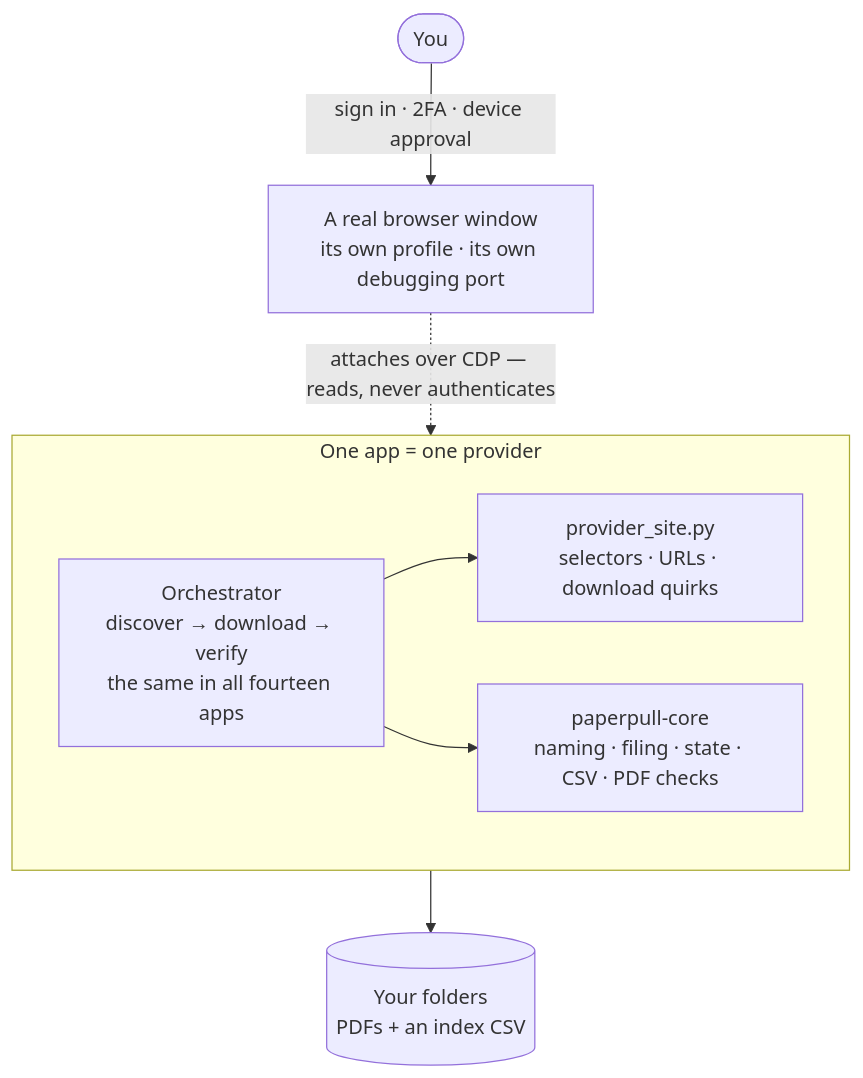
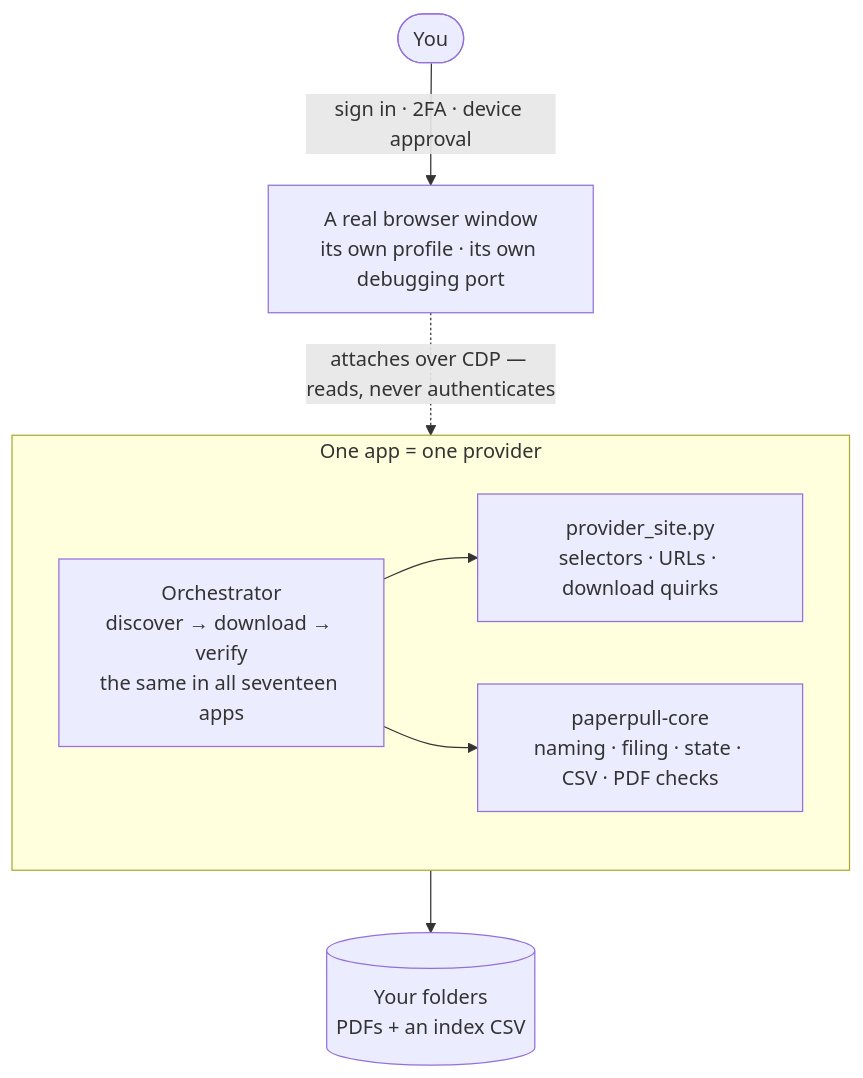
One commit to rheeloaded/paperpull changed the first of 2 diagrams in README.md. Above: the diagram before and after it, drawn with Mermaid. The commit also changed other lines of this file and 112 other files, not shown here.

````diff
--- a/README.md
+++ b/README.md
@@ -48,13 +52,13 @@
 ```mermaid
 flowchart TB
     you(["You"]) -->|"sign in · 2FA · device approval"| br["A real browser window<br/>its own profile · its own debugging port"]
     br -.->|"attaches over CDP — reads, never authenticates"| app
     subgraph app ["One app = one provider"]
-        orch["Orchestrator<br/>discover → download → verify<br/>the same in all fourteen apps"]
+        orch["Orchestrator<br/>discover → download → verify<br/>the same in all seventeen apps"]
         site["provider_site.py<br/>selectors · URLs · download quirks"]
         core["paperpull-core<br/>naming · filing · state · CSV · PDF checks"]
         orch --> site
         orch --> core
     end
     app --> out[("Your folders<br/>PDFs + an index CSV")]
 ```
````
